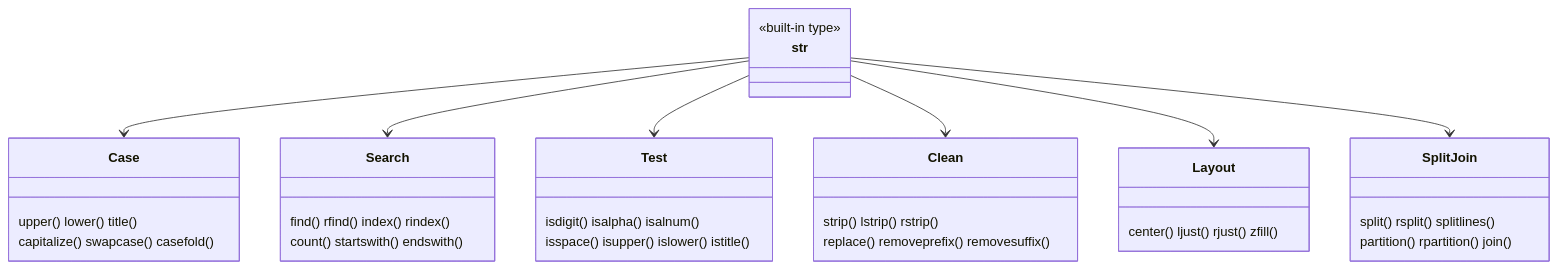
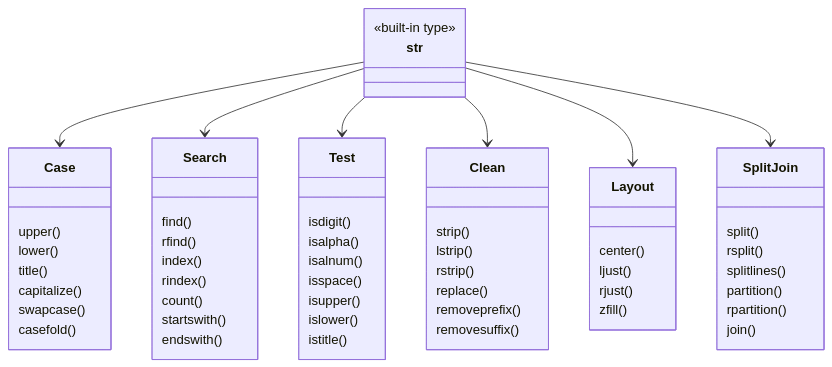
Before and after one commit to ajay-nikumbh/Python-Programming-Complete-Course: the fourth of 10 diagrams in 03.1 Strings/README.md, drawn with Mermaid. The commit also changed other lines of this file and 2 other files, not shown here.

Commit message:
docs: fix mermaid diagrams that failed to render
Rename a sequence participant that clashed with the loop keyword,
remove braces and colons that broke class and state diagram parsing
in 05. Flow control and 03.1 Strings. All 81 diagrams in the course
now parse with Mermaid 11.

````diff
--- a/03.1 Strings/README.md
+++ b/03.1 Strings/README.md
@@ -637,36 +637,61 @@
 ```mermaid
 %%{init: {"theme": "default", "themeVariables": {"fontFamily": "Trebuchet MS"}}}%%
 classDiagram
     class str {
         <<built-in type>>
     }
     class Case {
-        upper() lower() title()
-        capitalize() swapcase() casefold()
+        upper()
+        lower()
+        title()
+        capitalize()
+        swapcase()
+        casefold()
     }
     class Search {
-        find() rfind() index() rindex()
-        count() startswith() endswith()
+        find()
+        rfind()
+        index()
+        rindex()
+        count()
+        startswith()
+        endswith()
     }
     class Test {
-        isdigit() isalpha() isalnum()
-        isspace() isupper() islower() istitle()
+        isdigit()
+        isalpha()
+        isalnum()
+        isspace()
+        isupper()
+        islower()
+        istitle()
     }
     class Clean {
-        strip() lstrip() rstrip()
-        replace() removeprefix() removesuffix()
+        strip()
+        lstrip()
+        rstrip()
+        replace()
+        removeprefix()
+        removesuffix()
     }
     class Layout {
-        center() ljust() rjust() zfill()
+        center()
+        ljust()
+        rjust()
+        zfill()
     }
     class SplitJoin {
-        split() rsplit() splitlines()
-        partition() rpartition() join()
+        split()
+        rsplit()
+        splitlines()
+        partition()
+        rpartition()
+        join()
     }
     str --> Case
     str --> Search
     str --> Test
     str --> Clean
     str --> Layout
     str --> SplitJoin
 ```
````
